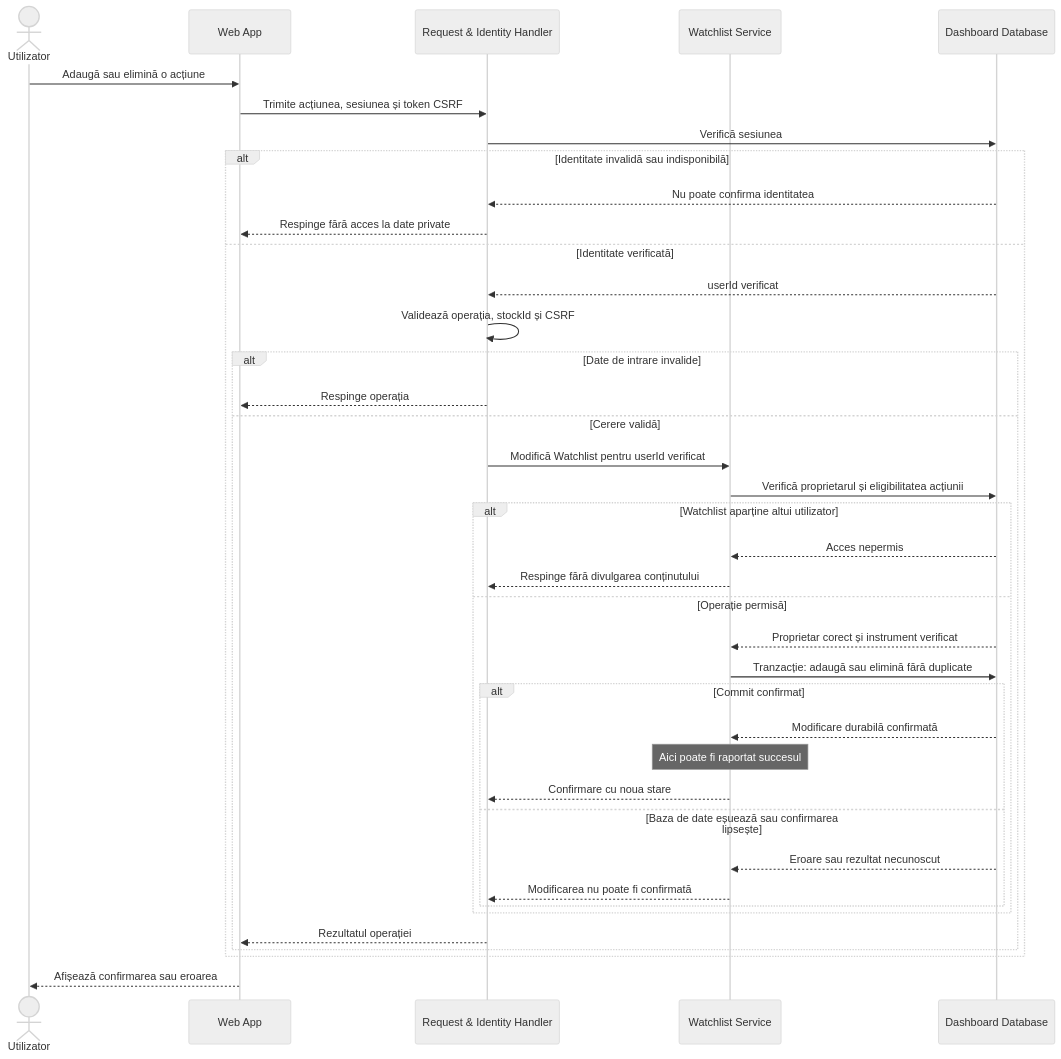
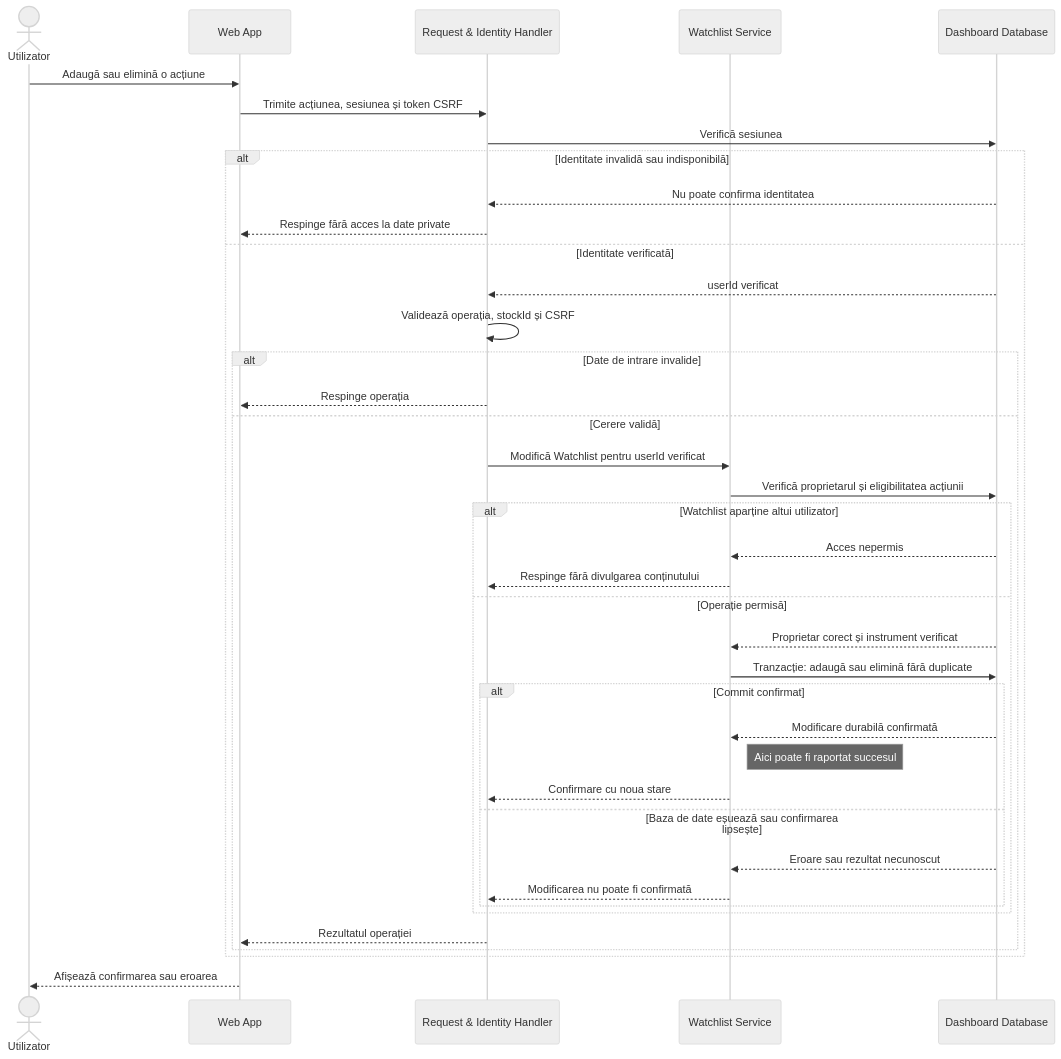
The sixth of 6 diagrams in SD/lab-3/README.md (marjinalilian/system-design-labs), drawn with Mermaid (neutral theme) before and after one commit. The commit also changed other lines of this file, not shown here.

````diff
--- a/SD/lab-3/README.md
+++ b/SD/lab-3/README.md
@@ -185,41 +185,41 @@
 ```mermaid
 sequenceDiagram
     actor U as Utilizator
     participant W as Web App
     participant G as Request & Identity Handler
     participant L as Watchlist Service
     participant DB as Dashboard Database
     U->>W: Adaugă sau elimină o acțiune
     W->>G: Trimite acțiunea, sesiunea și token CSRF
     G->>DB: Verifică sesiunea
     alt Identitate invalidă sau indisponibilă
         DB-->>G: Nu poate confirma identitatea
         G-->>W: Respinge fără acces la date private
     else Identitate verificată
         DB-->>G: userId verificat
         G->>G: Validează operația, stockId și CSRF
         alt Date de intrare invalide
             G-->>W: Respinge operația
         else Cerere validă
             G->>L: Modifică Watchlist pentru userId verificat
             L->>DB: Verifică proprietarul și eligibilitatea acțiunii
             alt Watchlist aparține altui utilizator
                 DB-->>L: Acces nepermis
                 L-->>G: Respinge fără divulgarea conținutului
             else Operație permisă
                 DB-->>L: Proprietar corect și instrument verificat
                 L->>DB: Tranzacție: adaugă sau elimină fără duplicate
                 alt Commit confirmat
                     DB-->>L: Modificare durabilă confirmată
-                    Note over L: Aici poate fi raportat succesul
+                    Note right of L: Aici poate fi raportat succesul
                     L-->>G: Confirmare cu noua stare
                 else Baza de date eșuează sau confirmarea lipsește
                     DB-->>L: Eroare sau rezultat necunoscut
                     L-->>G: Modificarea nu poate fi confirmată
                 end
             end
             G-->>W: Rezultatul operației
         end
     end
     W-->>U: Afișează confirmarea sau eroarea
 ```
````
